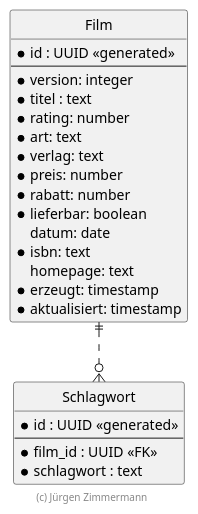
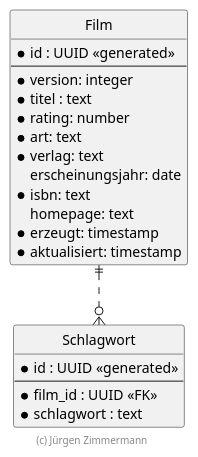
One commit to Yuszi/Film changed the diagram in .extras/doc/entwicklerhandbuch/ER-Diagramm.plantuml. Above: the diagram before and after it, drawn with PlantUML.

Commit message:
bugfixes

```diff
--- a/.extras/doc/entwicklerhandbuch/ER-Diagramm.plantuml
+++ b/.extras/doc/entwicklerhandbuch/ER-Diagramm.plantuml
@@ -18,38 +18,35 @@
 @startuml ER Diagramm
 
 ' hide the spot
 hide circle
 
 ' evtl. Prbleme mit Kraehenfuessen vermeiden
 skinparam linetype ortho
 
 entity "Film" {
   *id : UUID <<generated>>
   --
   *version: integer
   *titel : text
   *rating: number
   *art: text
   *verlag: text
-  *preis: number
-  *rabatt: number
-  *lieferbar: boolean
-  datum: date
+  erscheinungsjahr: date
   *isbn: text
   homepage: text
   *erzeugt: timestamp
   *aktualisiert: timestamp
 }
 
 entity "Schlagwort" {
   *id : UUID <<generated>>
   --
   *film_id : UUID <<FK>>
   *schlagwort : text
 }
 
 Film ||..o{ Schlagwort
 
 footer (c) Jürgen Zimmermann
 
 @enduml
```
